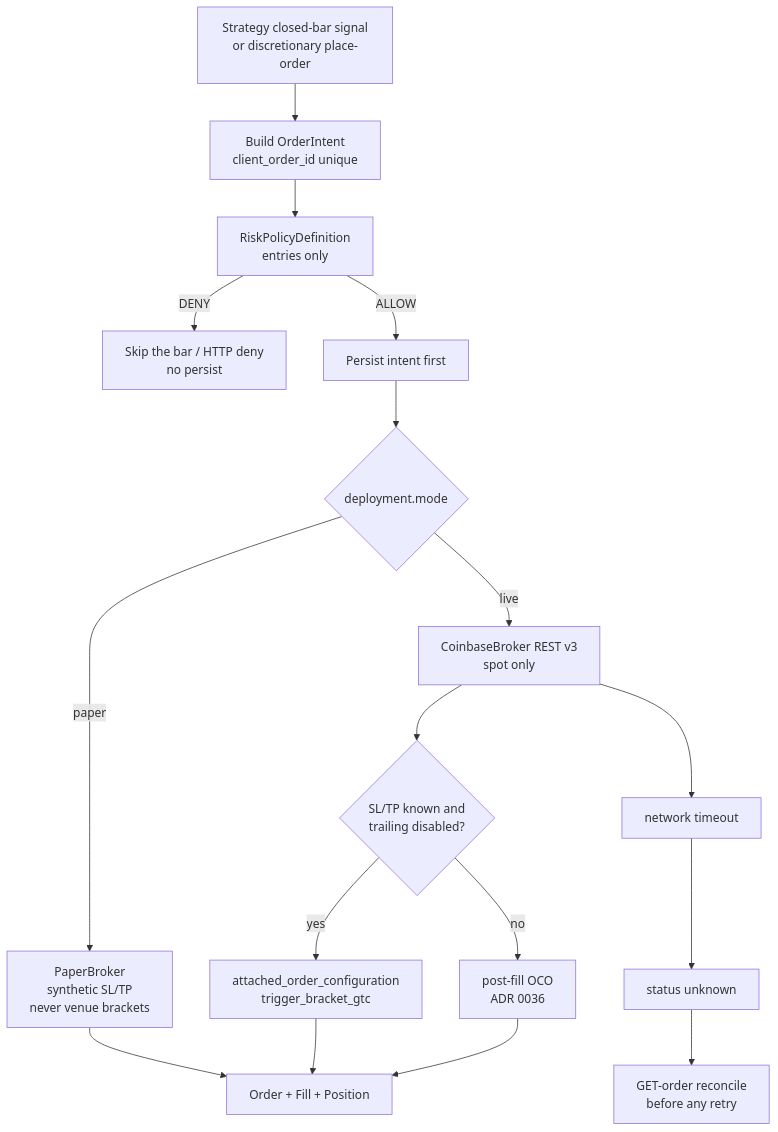
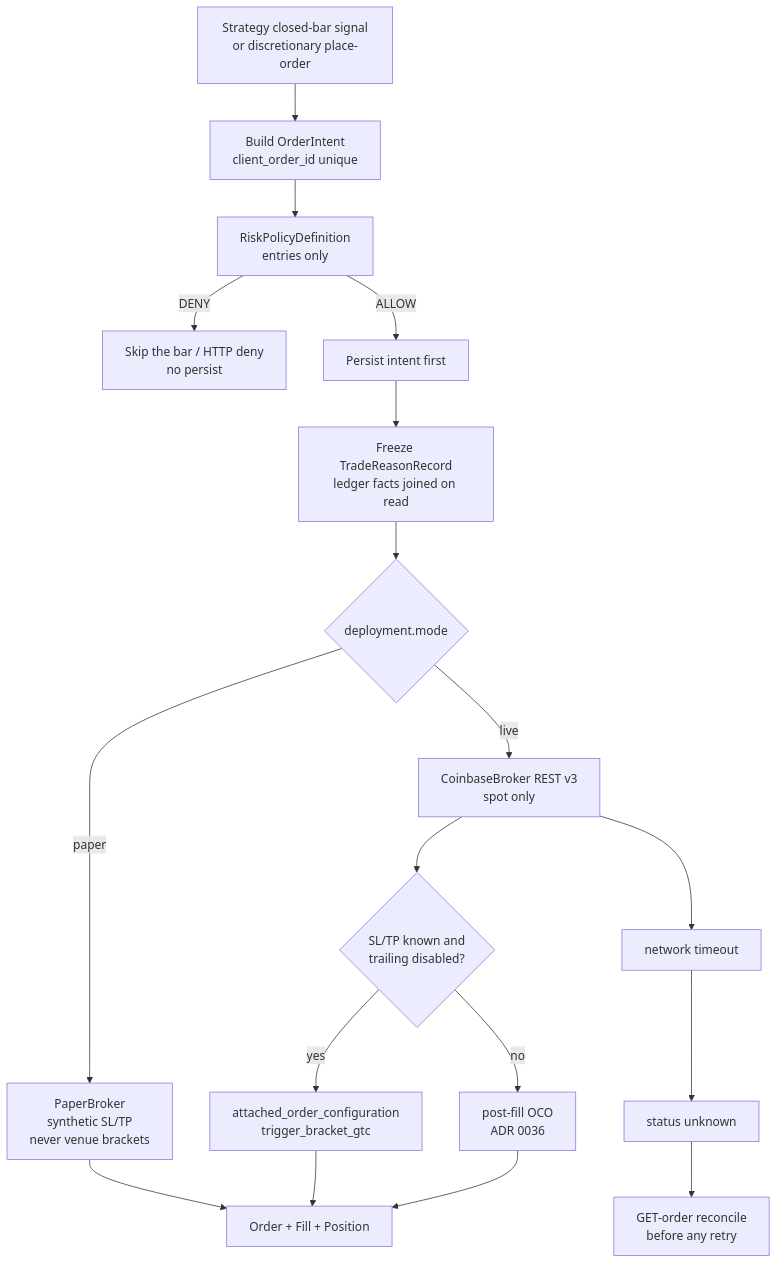
The first of 2 diagrams in docs/architecture/contracts/execution.md (Zoltesh/thytrader), drawn with Mermaid before and after one commit. The commit also changed 64 other files, not shown here.

First line of the commit message:
feat(memory): durable trade-reason journals for why-trade review

````diff
--- a/docs/architecture/contracts/execution.md
+++ b/docs/architecture/contracts/execution.md
@@ -13,19 +13,20 @@
 ```mermaid
 flowchart TD
   Src["Strategy closed-bar signal\nor discretionary place-order"] --> IntentDraft["Build OrderIntent\nclient_order_id unique"]
   IntentDraft --> Risk["RiskPolicyDefinition\nentries only"]
   Risk -->|DENY| Skip["Skip the bar / HTTP deny\nno persist"]
   Risk -->|ALLOW| Persist["Persist intent first"]
-  Persist --> Mode{"deployment.mode"}
+  Persist --> Why["Freeze TradeReasonRecord\nledger facts joined on read"]
+  Why --> Mode{"deployment.mode"}
   Mode -->|paper| Paper["PaperBroker\nsynthetic SL/TP\nnever venue brackets"]
   Mode -->|live| Live["CoinbaseBroker REST v3\nspot only"]
   Live --> Attach{"SL/TP known and\ntrailing disabled?"}
   Attach -->|yes| Attached["attached_order_configuration\ntrigger_bracket_gtc"]
   Attach -->|no| PostFill["post-fill OCO\nADR 0036"]
   Paper --> Order["Order + Fill + Position"]
   Attached --> Order
   PostFill --> Order
   Live --> Timeout["network timeout"]
   Timeout --> Unknown["status unknown"]
   Unknown --> Reconcile["GET-order reconcile\nbefore any retry"]
 ```
````
